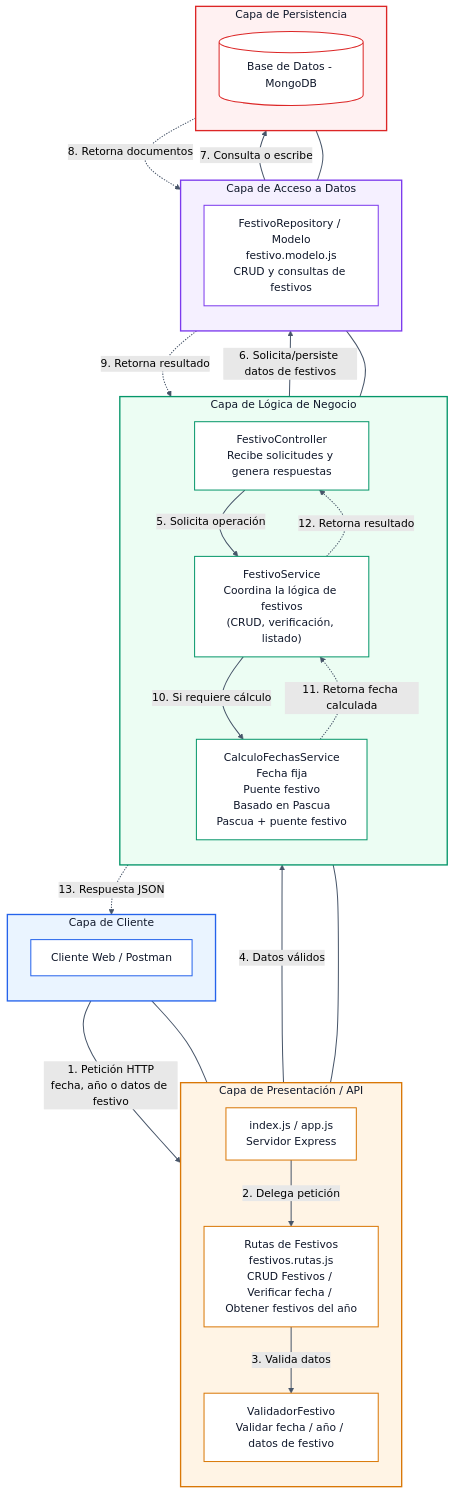
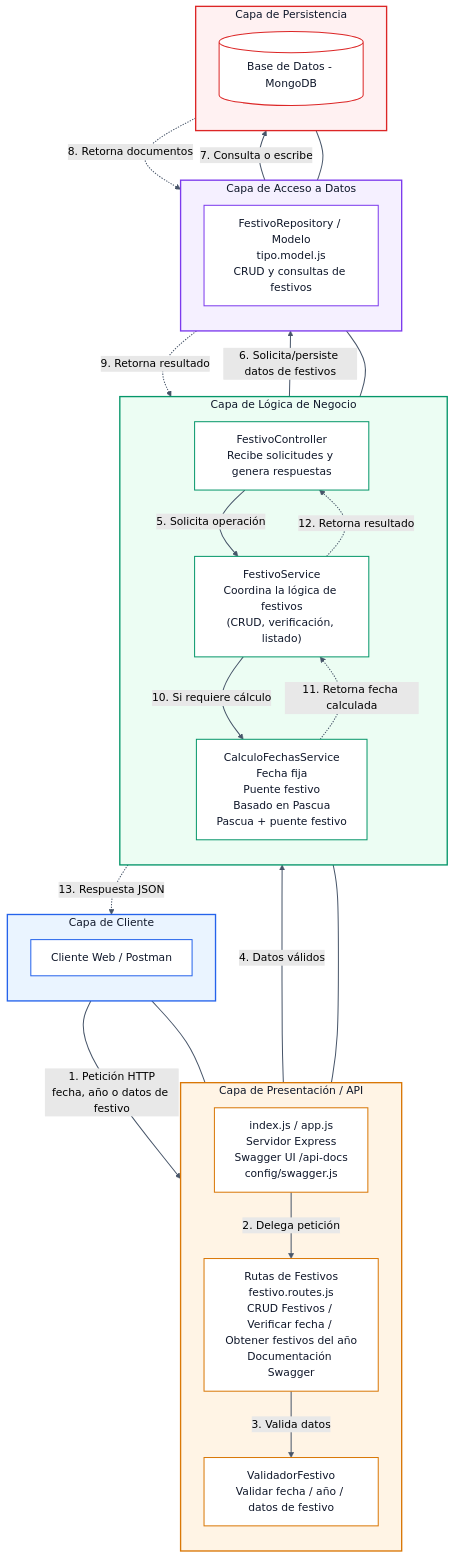
Before and after one commit to ivnmorales/Proyecto_Arquitectura_Festivos: the diagram in diagramas/festivos_API/arquitectura-festivos.md, drawn with Mermaid (forest theme). The commit also changed 15 other files, not shown here.

Commit message:
Crear estructura y configuración base de API Festivos

```diff
--- a/diagramas/festivos_API/arquitectura-festivos.md
+++ b/diagramas/festivos_API/arquitectura-festivos.md
@@ -17,9 +17,9 @@
     subgraph PresentationLayer["Capa de Presentación / API"]
         direction TB
 
-        App["index.js / app.js<br/>Servidor Express"]
+       App["index.js / app.js<br/>Servidor Express<br/>Swagger UI /api-docs<br/>config/swagger.js"]
 
-        Routes["Rutas de Festivos<br/>festivos.rutas.js<br/>CRUD Festivos / Verificar fecha / Obtener festivos del año"]
+        Routes["Rutas de Festivos<br/>festivo.routes.js<br/>CRUD Festivos / Verificar fecha / Obtener festivos del año<br/>Documentación Swagger"]
 
         Validator["ValidadorFestivo<br/>Validar fecha / año / datos de festivo"]
     end
@@ -43,7 +43,7 @@
     subgraph DataAccessLayer["Capa de Acceso a Datos"]
         direction TB
 
-        Repository["FestivoRepository / Modelo<br/>festivo.modelo.js<br/>CRUD y consultas de festivos"]
+        Repository["FestivoRepository / Modelo<br/>tipo.model.js<br/>CRUD y consultas de festivos"]
     end
 
     %% =========================
```
